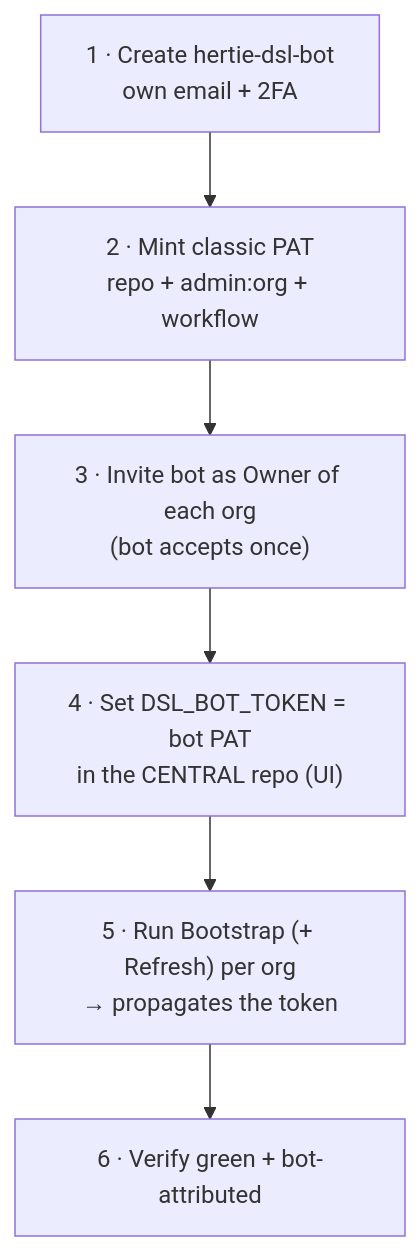
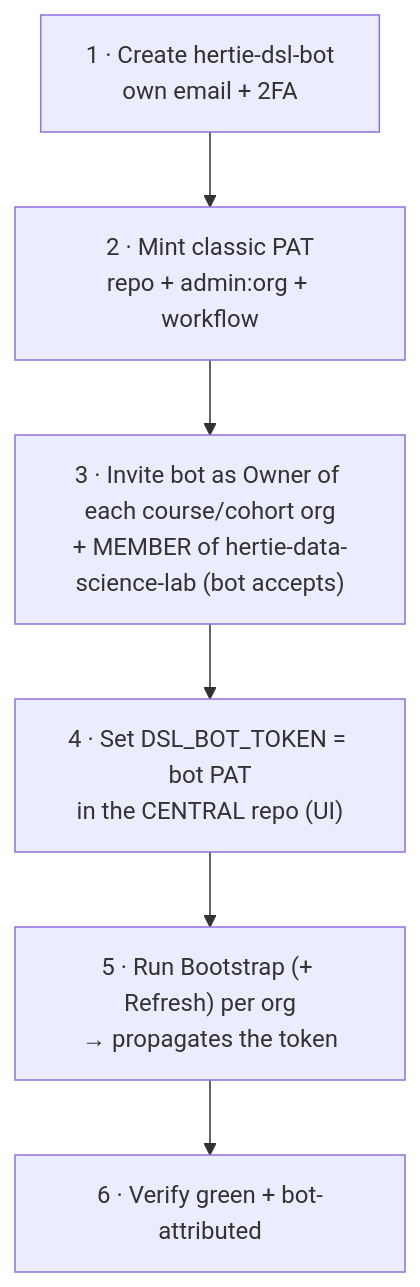
Before and after one commit to hertie-data-science-lab/dsl-teaching-course-setup: the ninth of 9 diagrams in docs/ARCHITECTURE.md, drawn with Mermaid. The commit also changed other lines of this file, not shown here.

Commit message:
docs: bot must be a member of the central org (check-team)

````diff
--- a/docs/ARCHITECTURE.md
+++ b/docs/ARCHITECTURE.md
@@ -214,8 +214,8 @@
 ```mermaid
 flowchart TD
   A["1 · Create hertie-dsl-bot<br/>own email + 2FA"] --> B["2 · Mint classic PAT<br/>repo + admin:org + workflow"]
-  B --> C["3 · Invite bot as Owner of each org<br/>(bot accepts once)"]
+  B --> C["3 · Invite bot as Owner of each course/cohort org<br/>+ MEMBER of hertie-data-science-lab (bot accepts)"]
   C --> D["4 · Set DSL_BOT_TOKEN = bot PAT<br/>in the CENTRAL repo (UI)"]
   D --> E["5 · Run Bootstrap (+ Refresh) per org<br/>→ propagates the token"]
   E --> F["6 · Verify green + bot-attributed"]
 ```
````
